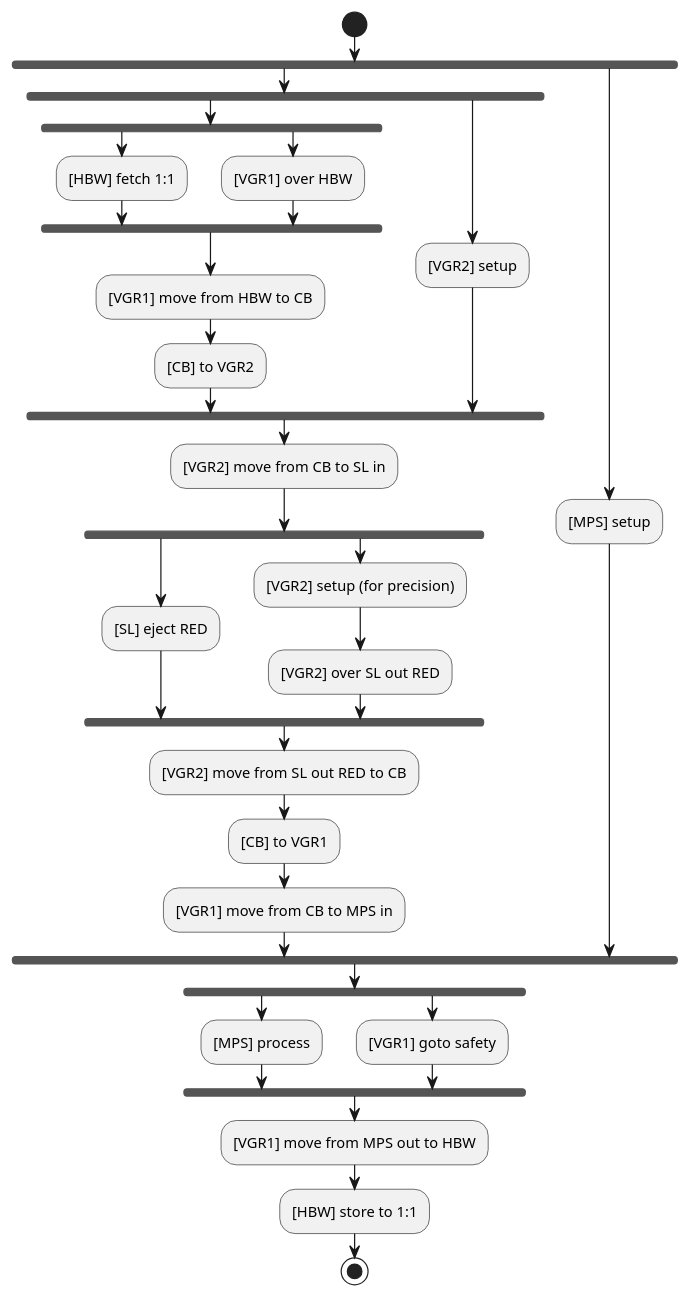
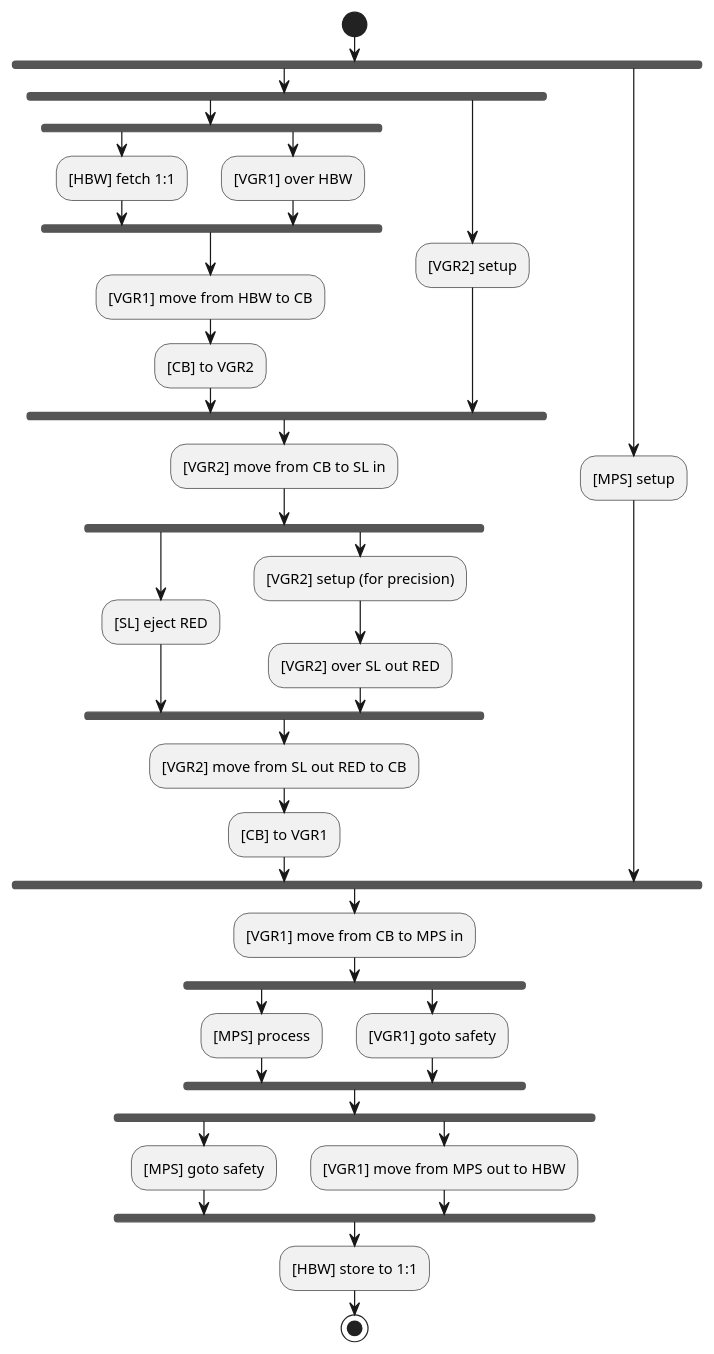
Before and after one commit to edt-edu/dt-setups: the diagram in RWTH_Setup/scripts/mission-models/Island1-Fetch-Sort-Process-and-Store.puml, drawn with PlantUML. The commit also changed 2 other files, not shown here.

```diff
--- a/RWTH_Setup/scripts/mission-models/Island1-Fetch-Sort-Process-and-Store.puml
+++ b/RWTH_Setup/scripts/mission-models/Island1-Fetch-Sort-Process-and-Store.puml
@@ -1,44 +1,50 @@
 @startuml
 'https://plantuml.com/activity-diagram-beta
 
 start
 
 fork
   fork
     fork
       :[HBW] fetch 1:1;
     fork again
       :[VGR1] over HBW;
     end fork
     :[VGR1] move from HBW to CB;
     :[CB] to VGR2;
   fork again
     :[VGR2] setup;
   end fork
   :[VGR2] move from CB to SL in;
   fork
     :[SL] eject RED;
   fork again
     :[VGR2] setup (for precision);
     :[VGR2] over SL out RED;
   end fork
 
   :[VGR2] move from SL out RED to CB;
   :[CB] to VGR1;
-  :[VGR1] move from CB to MPS in;
 fork again
   :[MPS] setup;
 end fork
+
+:[VGR1] move from CB to MPS in;
 
 fork
   :[MPS] process;
 fork again
   :[VGR1] goto safety;
 end fork
 
-:[VGR1] move from MPS out to HBW;
+fork
+  :[MPS] goto safety;
+fork again
+  :[VGR1] move from MPS out to HBW;
+end fork
+
 :[HBW] store to 1:1;
 
 stop
 
 @enduml
```
